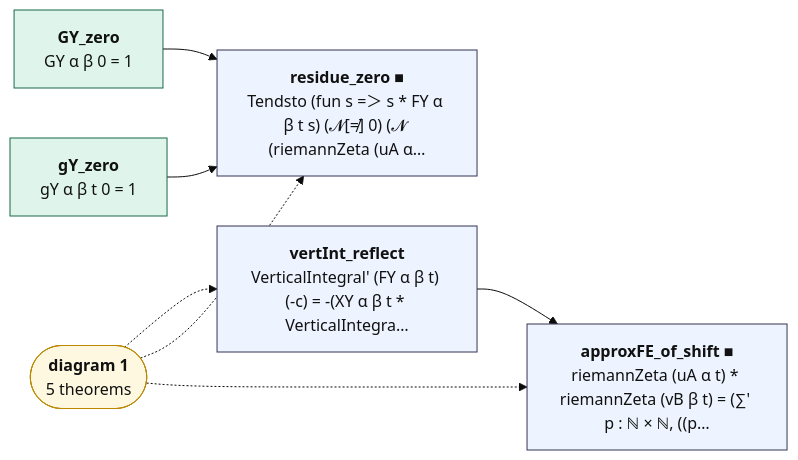
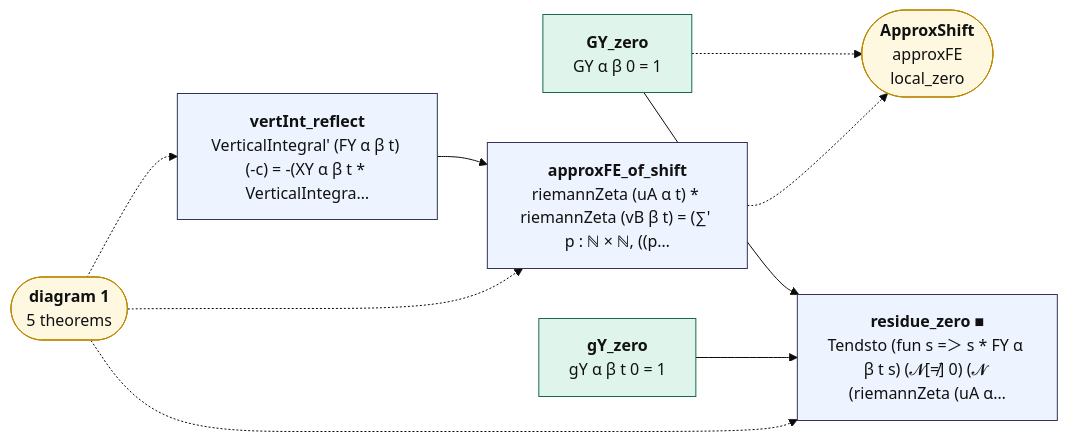
One commit to juliansambranojr/Primebeat_081426 changed the diagram in map/lean_stage3/ApproxFE.2.mmd. Above: the diagram before and after it, drawn with Mermaid (base theme). The commit also changed 19 other files, not shown here.

```diff
--- a/map/lean_stage3/ApproxFE.2.mmd
+++ b/map/lean_stage3/ApproxFE.2.mmd
@@ -1,21 +1,24 @@
 flowchart LR
   n0["<b>vertInt_reflect</b><br/>VerticalIntegral' (FY α β t) (-c) = -(XY α β t * VerticalIntegra…"]:::thm
   n1["<b>GY_zero</b><br/>GY α β 0 = 1"]:::cnt
   n2["<b>gY_zero</b><br/>gY α β t 0 = 1"]:::cnt
   n3["<b>residue_zero ■</b><br/>Tendsto (fun s =＞ s * FY α β t s) (𝓝[≠] 0) (𝓝 (riemannZeta (uA α…"]:::thm
-  n4["<b>approxFE_of_shift ■</b><br/>riemannZeta (uA α t) * riemannZeta (vB β t) = (∑' p : ℕ × ℕ, ((p…"]:::thm
+  n4["<b>approxFE_of_shift</b><br/>riemannZeta (uA α t) * riemannZeta (vB β t) = (∑' p : ℕ × ℕ, ((p…"]:::thm
   x0(["<b>diagram 1</b><br/>5 theorems"]):::ext
+  x1(["<b>ApproxShift</b><br/>approxFE<br/>local_zero"]):::ext
   n0 --> n4
   n1 --> n3
   n2 --> n3
+  n1 -.-> x1
+  n4 -.-> x1
   x0 -.-> n0
   x0 -.-> n3
   x0 -.-> n4
   classDef cnt fill:#dff5ec,stroke:#17694a,color:#111
   classDef shp fill:#f1ecfb,stroke:#5b3fa0,color:#111
   classDef rh fill:#ffe5e5,stroke:#c22,color:#111,stroke-width:2px
   classDef thm fill:#eef4ff,stroke:#335,color:#111
   classDef end_ fill:#e7f7e7,stroke:#2a7,color:#111,stroke-width:2px
   classDef lone fill:#fff,stroke:#999,color:#111,stroke-dasharray:4 3
   classDef bad fill:#ffe5e5,stroke:#c22,color:#111,stroke-width:2px
   classDef ext fill:#fff8e1,stroke:#b80,color:#111
```
